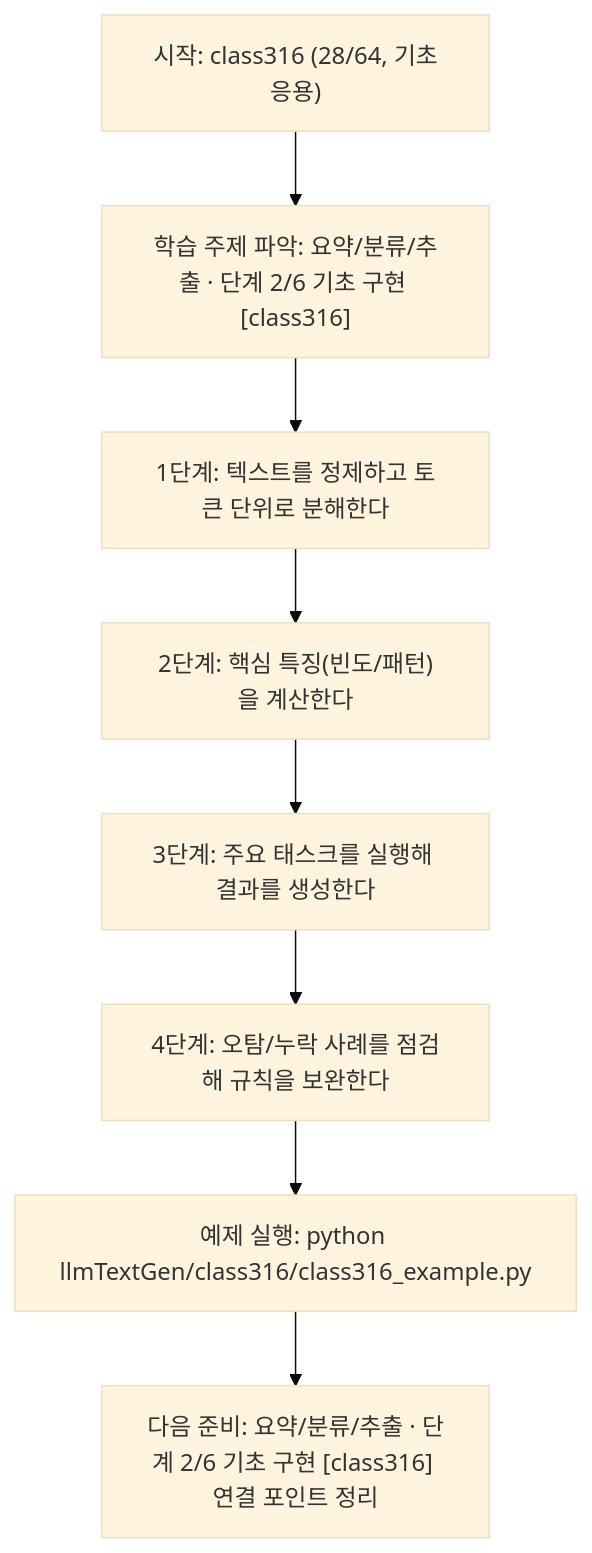
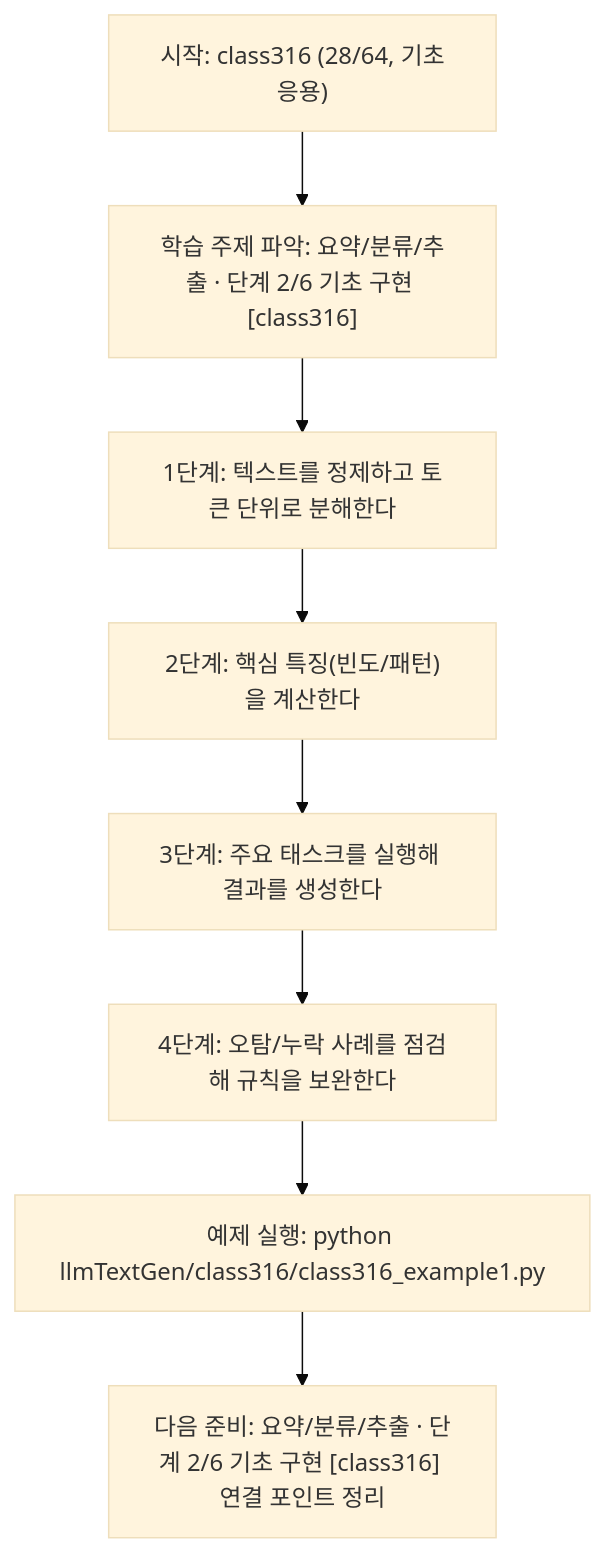
Before and after one commit to edumgt/Python-AI_Agent-Class: the diagram in llmTextGen/class316/class316.md, drawn with Mermaid (base theme). The commit also changed other lines of this file and 2959 other files, not shown here.

````diff
--- a/llmTextGen/class316/class316.md
+++ b/llmTextGen/class316/class316.md
@@ -114,18 +114,18 @@
 ```mermaid
 flowchart TD
 N1["시작: class316 (28/64, 기초응용)"]
 N2["학습 주제 파악: 요약/분류/추출 · 단계 2/6 기초 구현 [class316]"]
 N3["1단계: 텍스트를 정제하고 토큰 단위로 분해한다"]
 N4["2단계: 핵심 특징(빈도/패턴)을 계산한다"]
 N5["3단계: 주요 태스크를 실행해 결과를 생성한다"]
 N6["4단계: 오탐/누락 사례를 점검해 규칙을 보완한다"]
-N7["예제 실행: python llmTextGen/class316/class316_example.py"]
+N7["예제 실행: python llmTextGen/class316/class316_example1.py"]
 N8["다음 준비: 요약/분류/추출 · 단계 2/6 기초 구현 [class316] 연결 포인트 정리"]
 N1 --> N2
 N2 --> N3
 N3 --> N4
 N4 --> N5
 N5 --> N6
 N6 --> N7
 N7 --> N8
 ```
````
